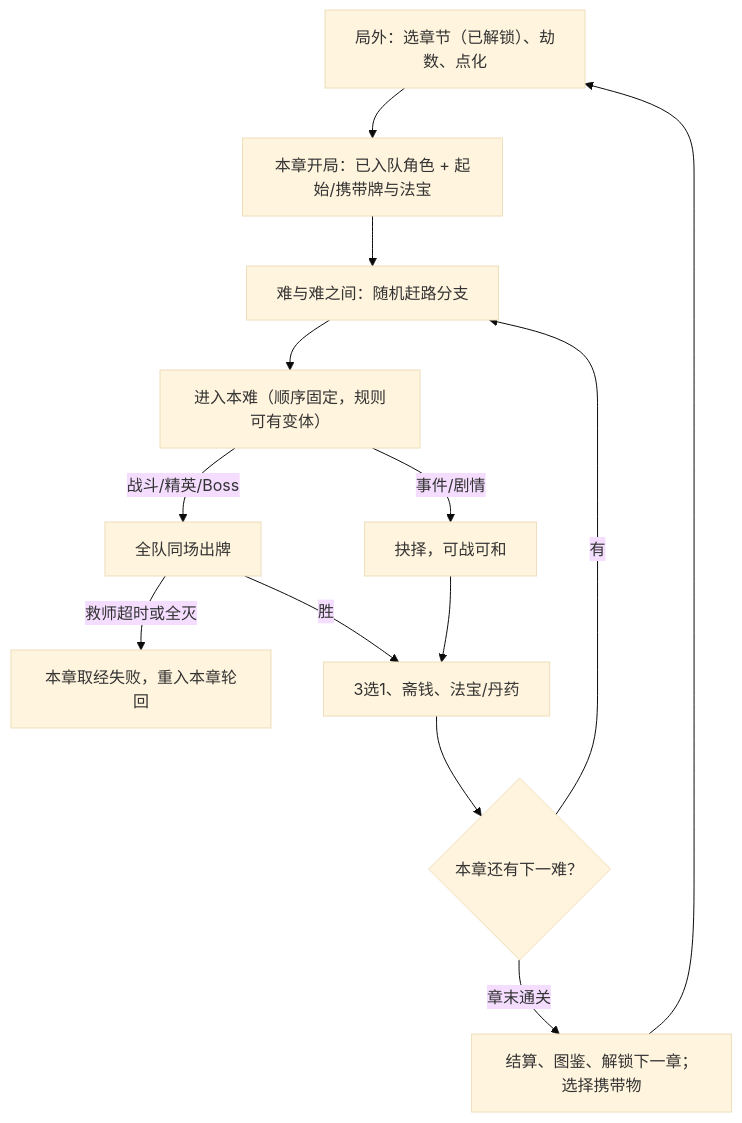
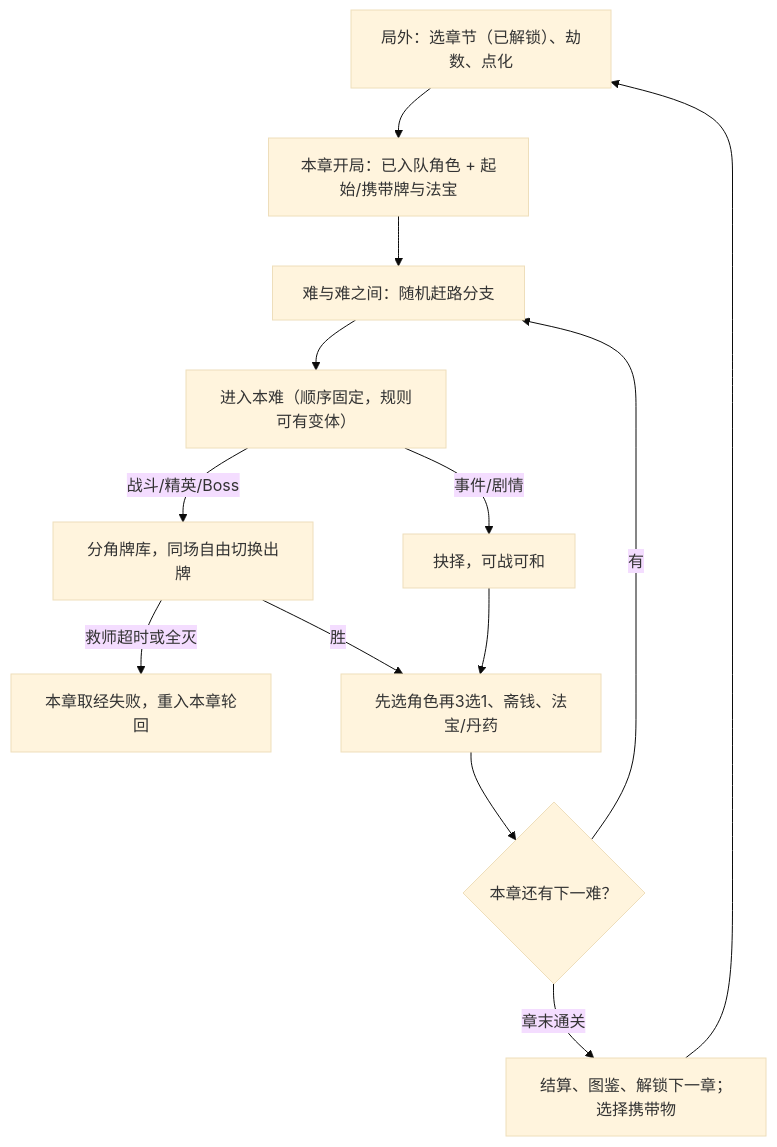
One commit to muhuo7510-ux/xiyou-roguelike-card changed the diagram in docs/design-v2.md. Above: the diagram before and after it, drawn with Mermaid (base theme). The commit also changed other lines of this file and 1 other file, not shown here.

````diff
--- a/docs/design-v2.md
+++ b/docs/design-v2.md
@@ -280,15 +281,15 @@
 ```mermaid
 flowchart TD
     Meta["局外：选章节（已解锁）、劫数、点化"] --> Chap["本章开局：已入队角色 + 起始/携带牌与法宝"]
     Chap --> Road["难与难之间：随机赶路分支"]
     Road --> Nan["进入本难（顺序固定，规则可有变体）"]
-    Nan -->|战斗/精英/Boss| Fight["全队同场出牌"]
+    Nan -->|战斗/精英/Boss| Fight["分角牌库，同场自由切换出牌"]
     Nan -->|事件/剧情| Ev["抉择，可战可和"]
     Fight -->|救师超时或全灭| Dead["本章取经失败，重入本章轮回"]
-    Fight -->|胜| Rew["3选1、斋钱、法宝/丹药"]
+    Fight -->|胜| Rew["先选角色再3选1、斋钱、法宝/丹药"]
     Ev --> Rew
     Rew --> More{"本章还有下一难？"}
     More -->|有| Road
     More -->|章末通关| Clear["结算、图鉴、解锁下一章；选择携带物"]
     Clear --> Meta
 ```
````
